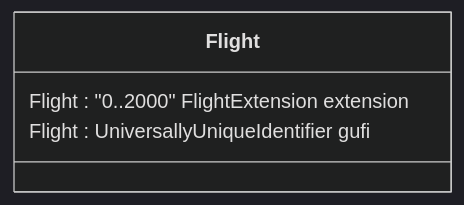
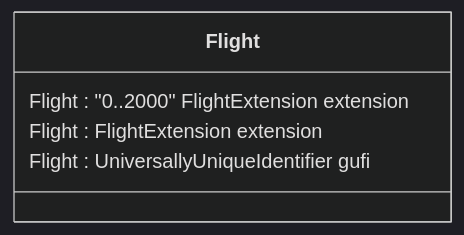
One commit to du-lapin/test_docsify changed the second of 3 diagrams in docs/fixm/FIXM_UML_in_mermaid.md. Above: the diagram before and after it, drawn with Mermaid (dark theme).

````diff
--- a/docs/fixm/FIXM_UML_in_mermaid.md
+++ b/docs/fixm/FIXM_UML_in_mermaid.md
@@ -24,7 +24,8 @@
 ```mermaid
 classDiagram
 class Flight{
 Flight : "0..2000" FlightExtension extension
+Flight : FlightExtension extension
 Flight : UniversallyUniqueIdentifier gufi
 }
 ```
````
